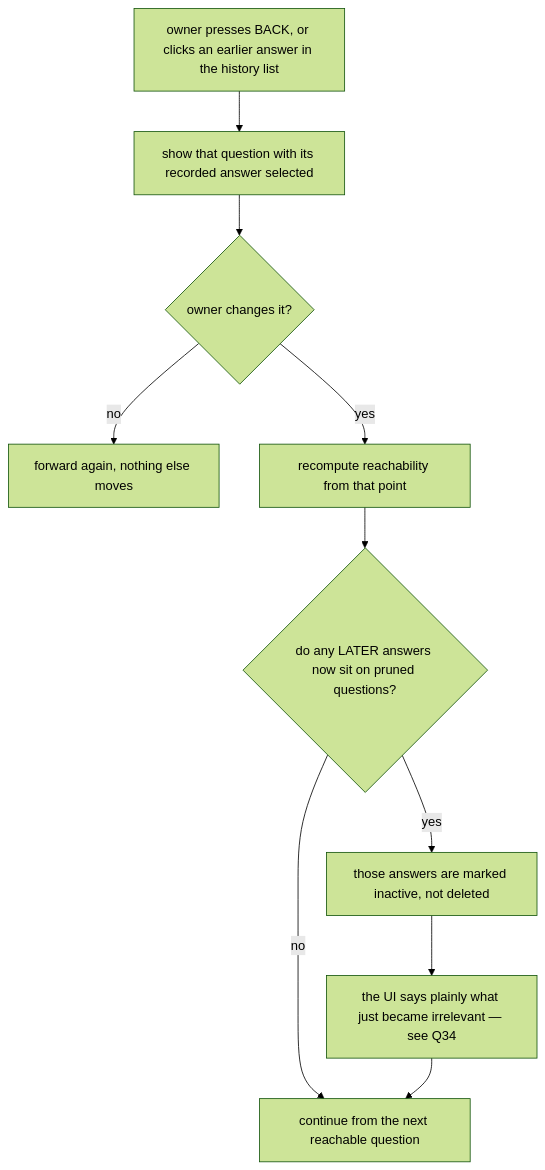
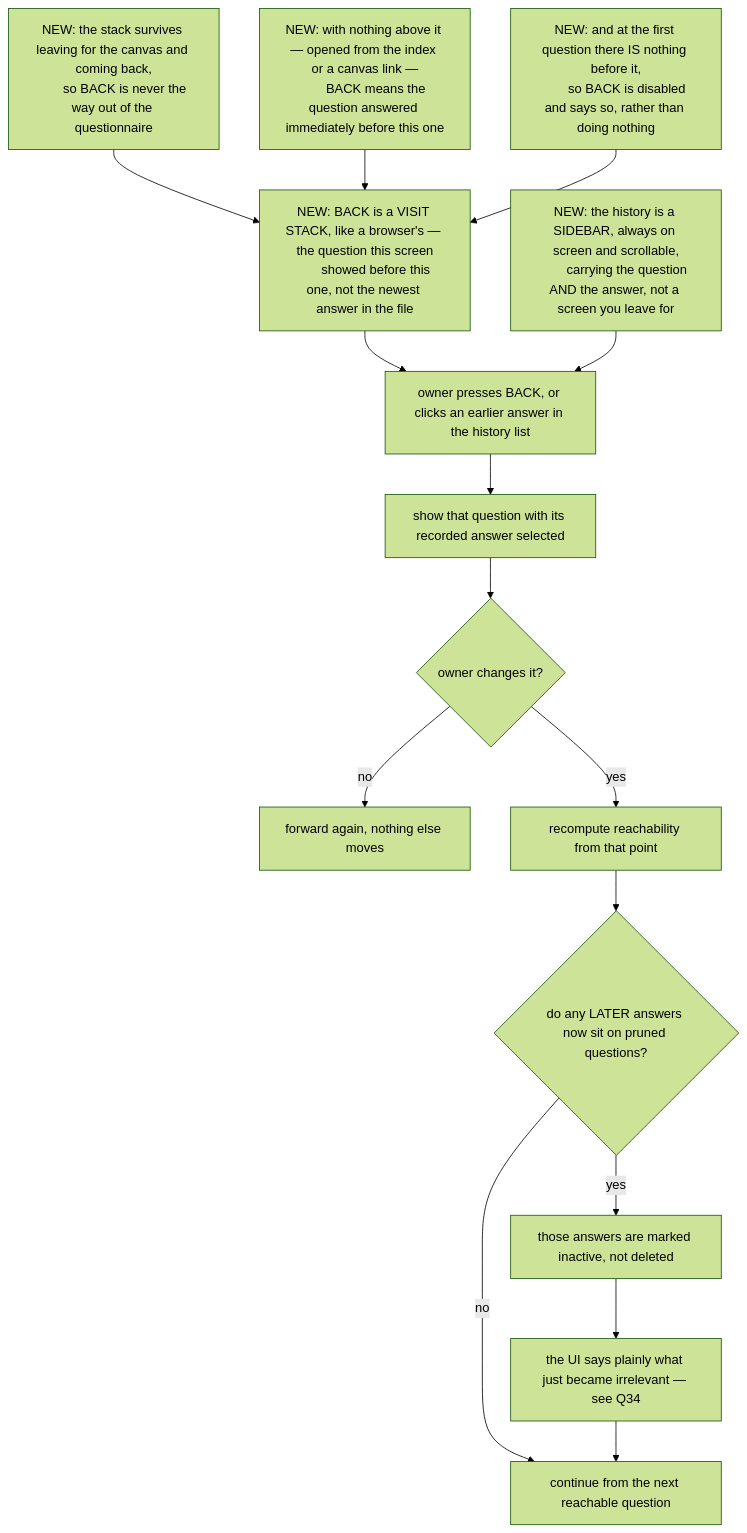
The fifth of 11 diagrams in designloop/design/designloop/DESIGN.md (ucsdRgross/gamedev), drawn with Mermaid (forest theme) before and after one commit. The commit also changed other lines of this file and 36 other files, not shown here.

````diff
--- a/designloop/design/designloop/DESIGN.md
+++ b/designloop/design/designloop/DESIGN.md
@@ -260,12 +283,22 @@
 ```mermaid
 flowchart TD
   D1["owner presses BACK, or clicks an earlier answer in the history list"] --> D2["show that question with its recorded answer selected"]
+  D10["NEW: BACK is a VISIT STACK, like a browser's — the question this screen
+       showed before this one, not the newest answer in the file"] --> D1
+  D11["NEW: the stack survives leaving for the canvas and coming back,
+       so BACK is never the way out of the questionnaire"] --> D10
+  D12["NEW: with nothing above it — opened from the index or a canvas link —
+       BACK means the question answered immediately before this one"] --> D10
+  D13["NEW: and at the first question there IS nothing before it,
+       so BACK is disabled and says so, rather than doing nothing"] --> D10
+  D14["NEW: the history is a SIDEBAR, always on screen and scrollable,
+       carrying the question AND the answer, not a screen you leave for"] --> D1
   D2 --> D3{"owner changes it?"}
   D3 -- no --> D4["forward again, nothing else moves"]
   D3 -- yes --> D5["recompute reachability from that point"]
   D5 --> D6{"do any LATER answers now sit on pruned questions?"}
   D6 -- no --> D7["continue from the next reachable question"]
   D6 -- yes --> D8["those answers are marked inactive, not deleted"]
   D8 --> D9["the UI says plainly what just became irrelevant — see Q34"]
   D9 --> D7
 ```
````
